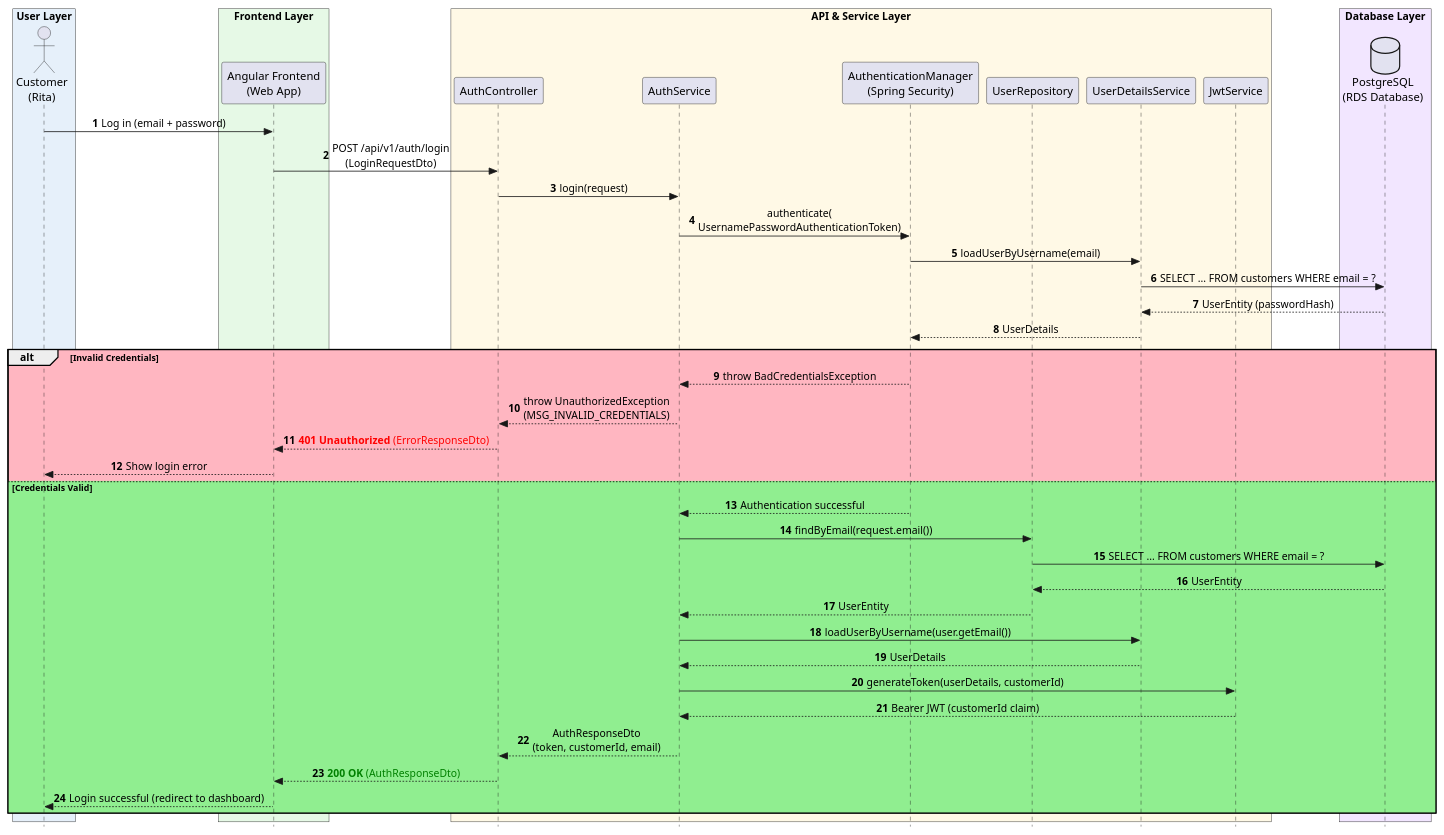
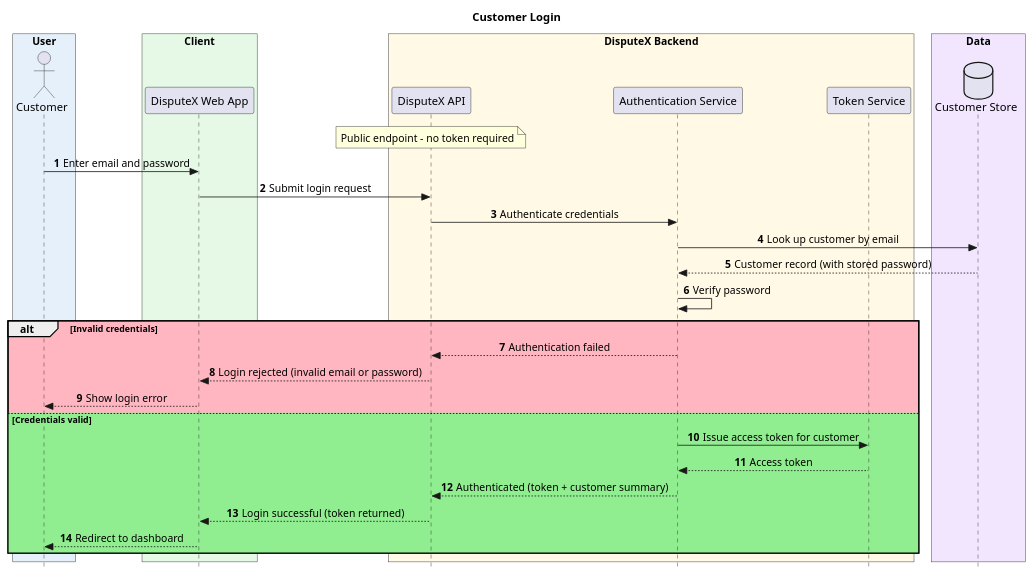
Before and after one commit to MOzil-10/Transaction-Dispute-Service: the diagram in sequenceDiagram/Authentication.puml, drawn with PlantUML. The commit also changed 24 other files, not shown here.

Commit message:
Updated unit tests, updated the sequence diagrams and updated security as well

```diff
--- a/sequenceDiagram/Authentication.puml
+++ b/sequenceDiagram/Authentication.puml
@@ -1,60 +1,47 @@
 @startuml
+title Customer Login
 autonumber
 skinparam Style strictuml
 skinparam SequenceMessageAlignment center
 skinparam boxPadding 10
 
-box "User Layer" #E6F0FA
-actor "Customer\n(Rita)" as Customer
+box "User" #E6F0FA
+actor "Customer" as Customer
 end box
 
-box "Frontend Layer" #E6F9E6
-participant "Angular Frontend\n(Web App)" as Frontend
+box "Client" #E6F9E6
+participant "DisputeX Web App" as Frontend
 end box
 
-box "API & Service Layer" #FFF9E6
-participant "AuthController" as Controller
-participant "AuthService" as Service
-participant "AuthenticationManager\n(Spring Security)" as AuthManager
-participant "UserRepository" as UserRepo
-participant "UserDetailsService" as UDS
-participant "JwtService" as JWT
+box "DisputeX Backend" #FFF9E6
+participant "DisputeX API" as Api
+participant "Authentication Service" as Auth
+participant "Token Service" as Token
 end box
 
-box "Database Layer" #F2E6FF
-database "PostgreSQL\n(RDS Database)" as DB
+box "Data" #F2E6FF
+database "Customer Store" as DB
 end box
 
-Customer -> Frontend: Log in (email + password)
-Frontend -> Controller: POST /api/v1/auth/login\n(LoginRequestDto)
+note over Api: Public endpoint - no token required
 
-Controller -> Service: login(request)
-Service -> AuthManager: authenticate(\nUsernamePasswordAuthenticationToken)
-AuthManager -> UDS: loadUserByUsername(email)
-UDS -> DB: SELECT ... FROM customers WHERE email = ?
-DB --> UDS: UserEntity (passwordHash)
-UDS --> AuthManager: UserDetails
+Customer -> Frontend: Enter email and password
+Frontend -> Api: Submit login request
 
-alt #LightPink Invalid Credentials
-    AuthManager --> Service: throw BadCredentialsException
-    Service --> Controller: throw UnauthorizedException\n(MSG_INVALID_CREDENTIALS)
-    Controller --> Frontend: <font color=red><b>401 Unauthorized</b> (ErrorResponseDto)</font>
+Api -> Auth: Authenticate credentials
+Auth -> DB: Look up customer by email
+DB --> Auth: Customer record (with stored password)
+Auth -> Auth: Verify password
+
+alt #LightPink Invalid credentials
+    Auth --> Api: Authentication failed
+    Api --> Frontend: Login rejected (invalid email or password)
     Frontend --> Customer: Show login error
-else #LightGreen Credentials Valid
-    AuthManager --> Service: Authentication successful
-
-    Service -> UserRepo: findByEmail(request.email())
-    UserRepo -> DB: SELECT ... FROM customers WHERE email = ?
-    DB --> UserRepo: UserEntity
-    UserRepo --> Service: UserEntity
-
-    Service -> UDS: loadUserByUsername(user.getEmail())
-    UDS --> Service: UserDetails
-    Service -> JWT: generateToken(userDetails, customerId)
-    JWT --> Service: Bearer JWT (customerId claim)
-
-    Service --> Controller: AuthResponseDto\n(token, customerId, email)
-    Controller --> Frontend: <font color=green><b>200 OK</b> (AuthResponseDto)</font>
-    Frontend --> Customer: Login successful (redirect to dashboard)
+else #LightGreen Credentials valid
+    Auth -> Token: Issue access token for customer
+    Token --> Auth: Access token
+    Auth --> Api: Authenticated (token + customer summary)
+    Api --> Frontend: Login successful (token returned)
+    Frontend --> Customer: Redirect to dashboard
 end
 @enduml
```
